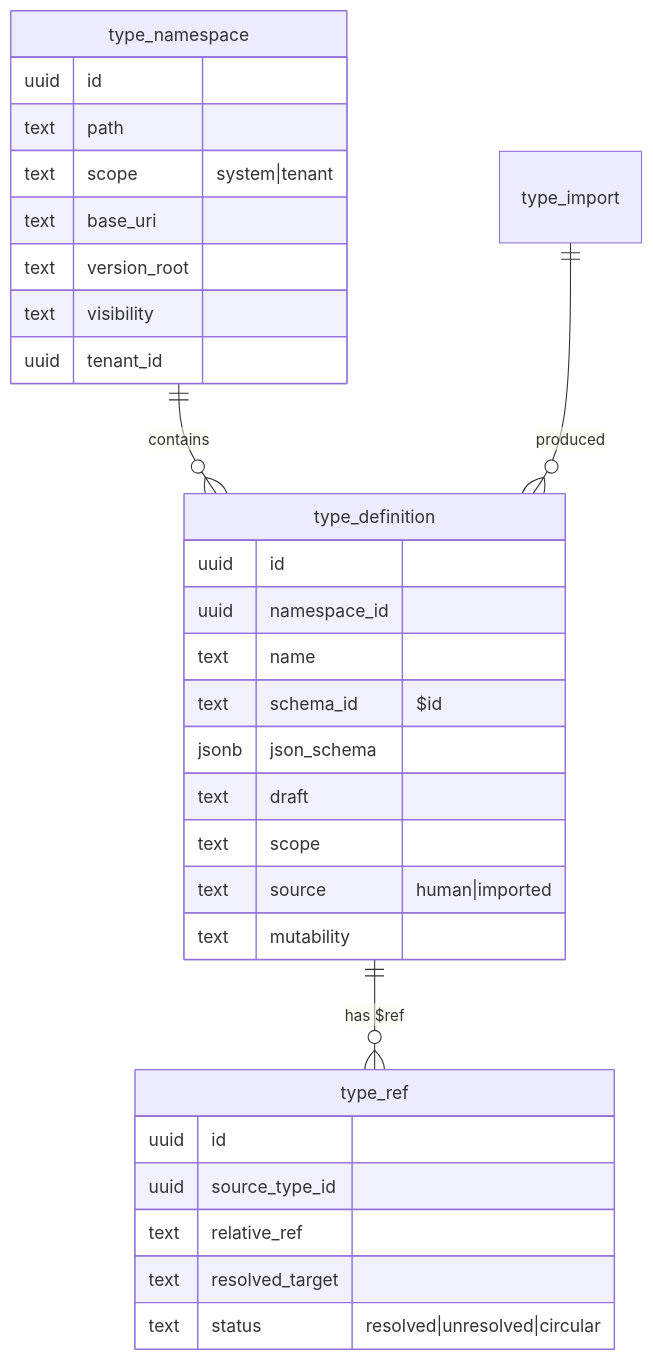
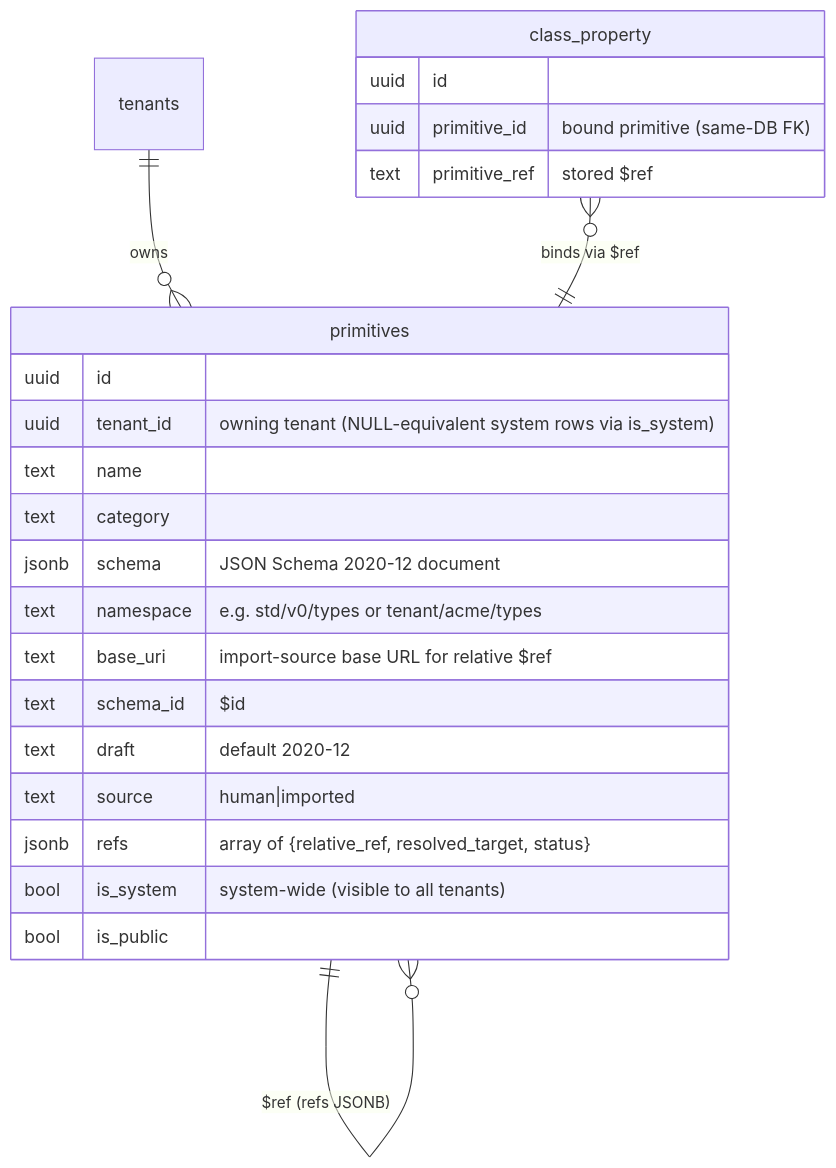
The second of 5 diagrams in docs/ROADMAP_TYPE_REGISTRY_GOVERNANCE.md (apiome/apiome), drawn with Mermaid before and after one commit. The commit also changed other lines of this file and 26 other files, not shown here.

````diff
--- a/docs/ROADMAP_TYPE_REGISTRY_GOVERNANCE.md
+++ b/docs/ROADMAP_TYPE_REGISTRY_GOVERNANCE.md
@@ -187,33 +206,26 @@
 ```mermaid
 erDiagram
-  type_namespace ||--o{ type_definition : contains
-  type_definition ||--o{ type_ref : "has $ref"
-  type_import ||--o{ type_definition : produced
-  type_namespace {
+  tenants ||--o{ primitives : owns
+  primitives ||--o{ primitives : "$ref (refs JSONB)"
+  class_property }o--|| primitives : "binds via $ref"
+  primitives {
     uuid id
-    text path
-    text scope "system|tenant"
-    text base_uri
-    text version_root
-    text visibility
-    uuid tenant_id
+    uuid tenant_id "owning tenant (NULL-equivalent system rows via is_system)"
+    text name
+    text category
+    jsonb schema "JSON Schema 2020-12 document"
+    text namespace "e.g. std/v0/types or tenant/acme/types"
+    text base_uri "import-source base URL for relative $ref"
+    text schema_id "$id"
+    text draft "default 2020-12"
+    text source "human|imported"
+    jsonb refs "array of {relative_ref, resolved_target, status}"
+    bool is_system "system-wide (visible to all tenants)"
+    bool is_public
   }
-  type_definition {
+  class_property {
     uuid id
-    uuid namespace_id
-    text name
-    text schema_id "$id"
-    jsonb json_schema
-    text draft
-    text scope
-    text source "human|imported"
-    text mutability
-  }
-  type_ref {
-    uuid id
-    uuid source_type_id
-    text relative_ref
-    text resolved_target
-    text status "resolved|unresolved|circular"
+    uuid primitive_id "bound primitive (same-DB FK)"
+    text primitive_ref "stored $ref"
   }
 ```
````
